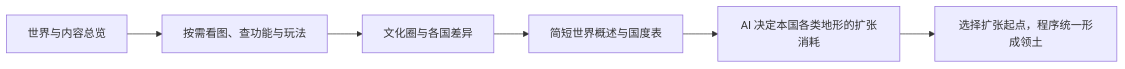
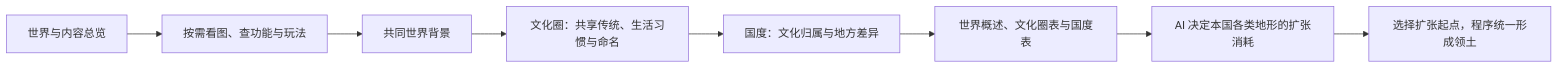
One commit to RinsingEL/designer_territoryMod changed the diagram in docs/systems/realm_planning/10_product/案子/国度与城市设计正式接入/01_世界与国度.md. Above: the diagram before and after it, drawn with Mermaid. The commit also changed other lines of this file and 5 other files, not shown here.

````diff
--- a/docs/systems/realm_planning/10_product/案子/国度与城市设计正式接入/01_世界与国度.md
+++ b/docs/systems/realm_planning/10_product/案子/国度与城市设计正式接入/01_世界与国度.md
@@ -5,8 +5,10 @@
 ```mermaid
 flowchart LR
   A[世界与内容总览] --> B[按需看图、查功能与玩法]
-  B --> C[文化圈与各国差异]
-  C --> D[简短世界概述与国度表]
-  D --> E[AI 决定本国各类地形的扩张消耗]
-  E --> F[选择扩张起点，程序统一形成领土]
+  B --> C[共同世界背景]
+  C --> D[文化圈：共享传统、生活习惯与命名]
+  D --> E[国度：文化归属与地方差异]
+  E --> F[世界概述、文化圈表与国度表]
+  F --> G[AI 决定本国各类地形的扩张消耗]
+  G --> H[选择扩张起点，程序统一形成领土]
 ```
````
